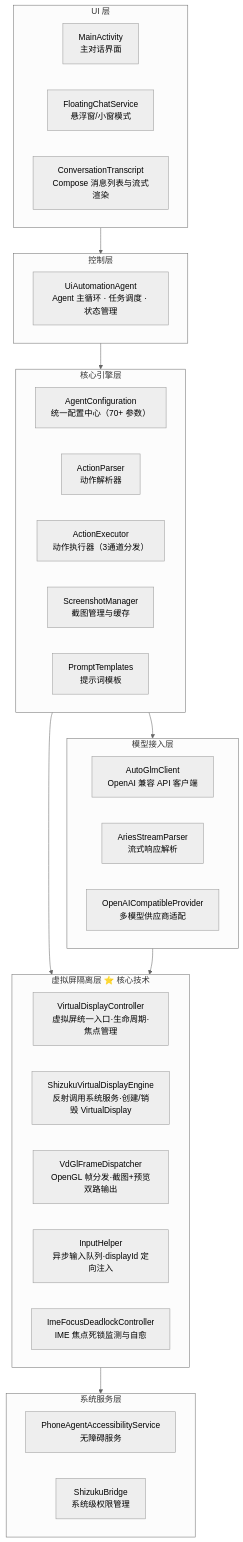
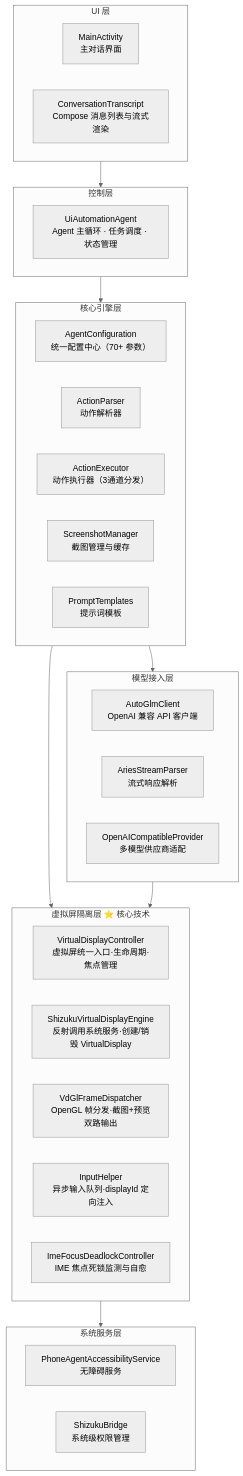
One commit to ZG0704666/Aries-AI changed the first of 5 diagrams in Aries-site/docs/项目概览/简介与核心特性.md. Above: the diagram before and after it, drawn with Mermaid (neutral theme). The commit also changed other lines of this file and 45 other files, not shown here.

````diff
--- a/Aries-site/docs/项目概览/简介与核心特性.md
+++ b/Aries-site/docs/项目概览/简介与核心特性.md
@@ -52,46 +52,45 @@
 ```mermaid
 flowchart TD
     subgraph UI["UI 层"]
         MainActivity["MainActivity<br/>主对话界面"]
-        FloatingChat["FloatingChatService<br/>悬浮窗/小窗模式"]
         ComposeTranscript["ConversationTranscript<br/>Compose 消息列表与流式渲染"]
     end
 
     subgraph Control["控制层"]
         UiAgent["UiAutomationAgent<br/>Agent 主循环 · 任务调度 · 状态管理"]
     end
 
     subgraph Core["核心引擎层"]
         AgentConfig["AgentConfiguration<br/>统一配置中心（70+ 参数）"]
         ActionParser["ActionParser<br/>动作解析器"]
         ActionExecutor["ActionExecutor<br/>动作执行器（3通道分发）"]
         ScreenshotMgr["ScreenshotManager<br/>截图管理与缓存"]
         PromptTemplates["PromptTemplates<br/>提示词模板"]
     end
 
     subgraph Model["模型接入层"]
         AutoGlmClient["AutoGlmClient<br/>OpenAI 兼容 API 客户端"]
         StreamParser["AriesStreamParser<br/>流式响应解析"]
         OpenAIProvider["OpenAICompatibleProvider<br/>多模型供应商适配"]
     end
 
     subgraph VDIso["虚拟屏隔离层 ⭐ 核心技术"]
         VDController["VirtualDisplayController<br/>虚拟屏统一入口·生命周期·焦点管理"]
         ShizukuEngine["ShizukuVirtualDisplayEngine<br/>反射调用系统服务·创建/销毁 VirtualDisplay"]
         GlDispatcher["VdGlFrameDispatcher<br/>OpenGL 帧分发·截图+预览双路输出"]
         InputHelper["InputHelper<br/>异步输入队列·displayId 定向注入"]
         ImeController["ImeFocusDeadlockController<br/>IME 焦点死锁监测与自愈"]
     end
 
     subgraph System["系统服务层"]
         Accessibility["PhoneAgentAccessibilityService<br/>无障碍服务"]
         Shizuku["ShizukuBridge<br/>系统级权限管理"]
     end
 
     UI --> Control
     Control --> Core
     Core --> Model
     Core --> VDIso
     Model --> VDIso
     VDIso --> System
 ```
````
